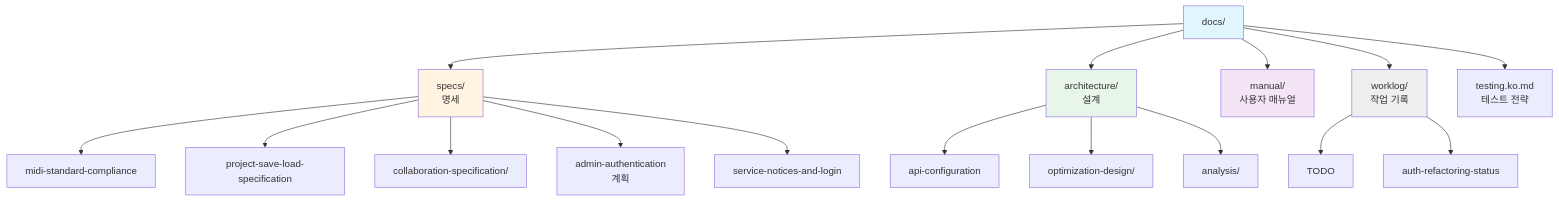
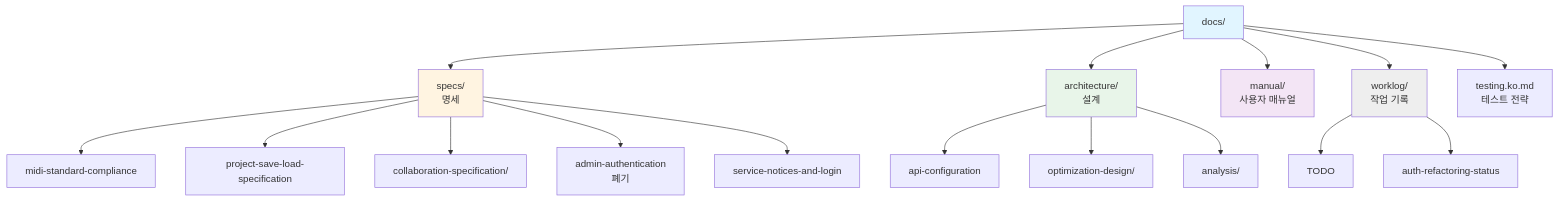
Before and after one commit to JaceDashS/online-sequencer: the diagram in docs/README.ko.md, drawn with Mermaid. The commit also changed other lines of this file and 28 other files, not shown here.

````diff
--- a/docs/README.ko.md
+++ b/docs/README.ko.md
@@ -13,27 +13,27 @@
 ```mermaid
 graph TB
     A[docs/] --> B[specs/<br/>명세]
     A --> C[architecture/<br/>설계]
     A --> D[manual/<br/>사용자 매뉴얼]
     A --> E[worklog/<br/>작업 기록]
     A --> F[testing.ko.md<br/>테스트 전략]
 
     B --> B1[midi-standard-compliance]
     B --> B2[project-save-load-specification]
     B --> B3[collaboration-specification/]
-    B --> B4[admin-authentication<br/>계획]
+    B --> B4[admin-authentication<br/>폐기]
     B --> B5[service-notices-and-login]
 
     C --> C1[api-configuration]
     C --> C2[optimization-design/]
     C --> C3[analysis/]
 
     E --> E1[TODO]
     E --> E2[auth-refactoring-status]
 
     style A fill:#e1f5ff
     style B fill:#fff4e1
     style C fill:#e8f5e9
     style D fill:#f3e5f5
     style E fill:#eeeeee
 ```
````
